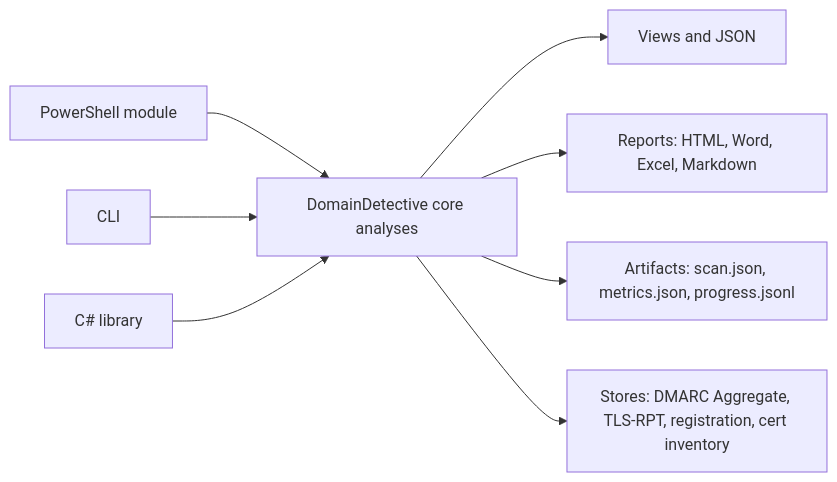
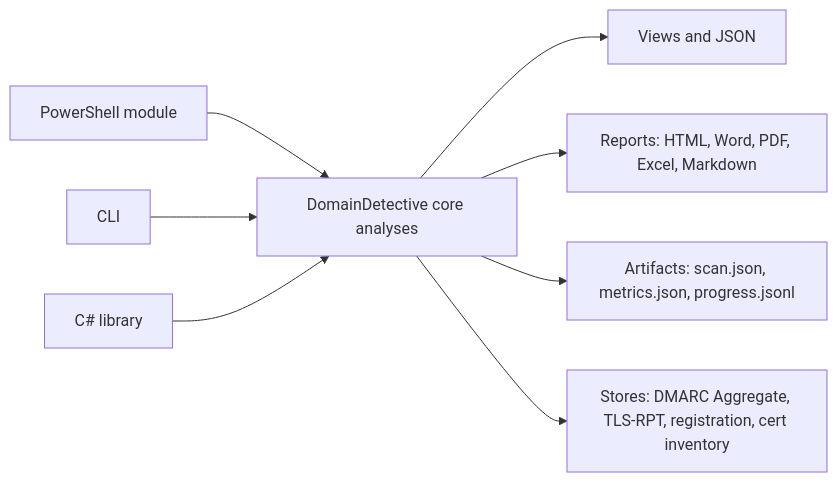
One commit to EvotecIT/DomainDetective changed the diagram in README.MD. Above: the diagram before and after it, drawn with Mermaid. The commit also changed other lines of this file and 326 other files, not shown here.

First line of the commit message:
feat(reports): ✨ Add assessment Word PDF Excel and Markdown exports (#1408)

````diff
--- a/README.MD
+++ b/README.MD
@@ -43,10 +43,10 @@
 ```mermaid
 flowchart LR
     A["PowerShell module"] --> D["DomainDetective core analyses"]
     B["CLI"] --> D
     C["C# library"] --> D
     D --> E["Views and JSON"]
-    D --> F["Reports: HTML, Word, Excel, Markdown"]
+    D --> F["Reports: HTML, Word, PDF, Excel, Markdown"]
     D --> G["Artifacts: scan.json, metrics.json, progress.jsonl"]
     D --> H["Stores: DMARC Aggregate, TLS-RPT, registration, cert inventory"]
 ```
````
